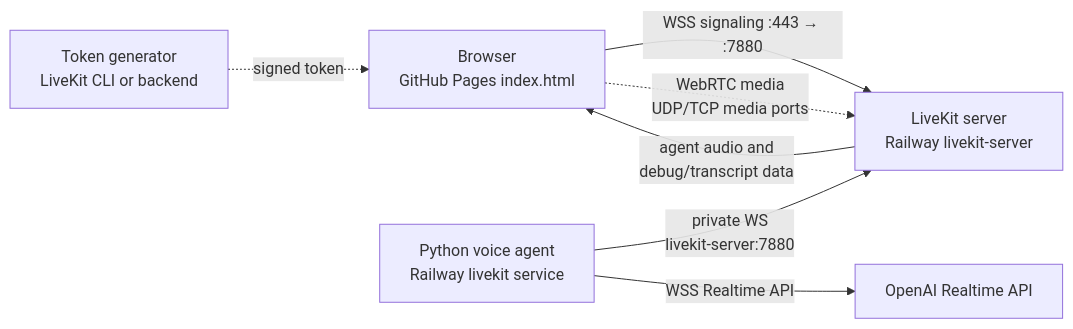
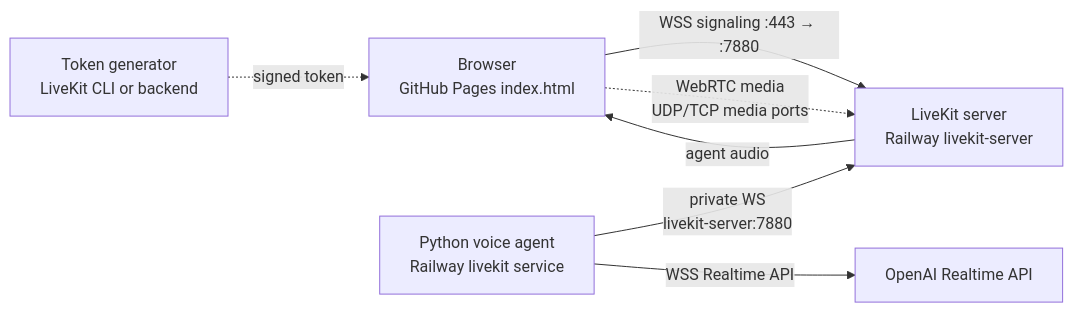
One commit to meyer1994/livekit changed the diagram in README.md. Above: the diagram before and after it, drawn with Mermaid. The commit also changed other lines of this file and 4 other files, not shown here.

````diff
--- a/README.md
+++ b/README.md
@@ -87,15 +80,15 @@
 ```mermaid
 flowchart LR
     Browser[Browser<br/>GitHub Pages index.html]
     LiveKit[LiveKit server<br/>Railway livekit-server]
     Agent[Python voice agent<br/>Railway livekit service]
     OpenAI[OpenAI Realtime API]
     Token[Token generator<br/>LiveKit CLI or backend]
 
     Token -. "signed token" .-> Browser
     Browser -- "WSS signaling :443 → :7880" --> LiveKit
     Browser -. "WebRTC media<br/>UDP/TCP media ports" .-> LiveKit
     Agent -- "private WS<br/>livekit-server:7880" --> LiveKit
     Agent -- "WSS Realtime API" --> OpenAI
-    LiveKit -- "agent audio and<br/>debug/transcript data" --> Browser
+    LiveKit -- "agent audio" --> Browser
 ```
````
